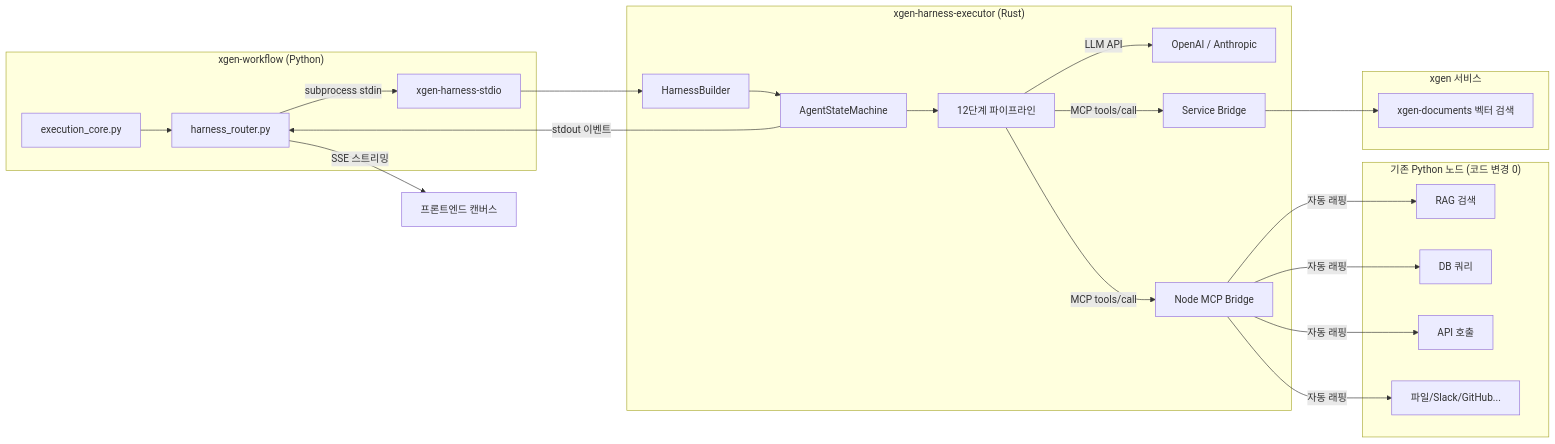
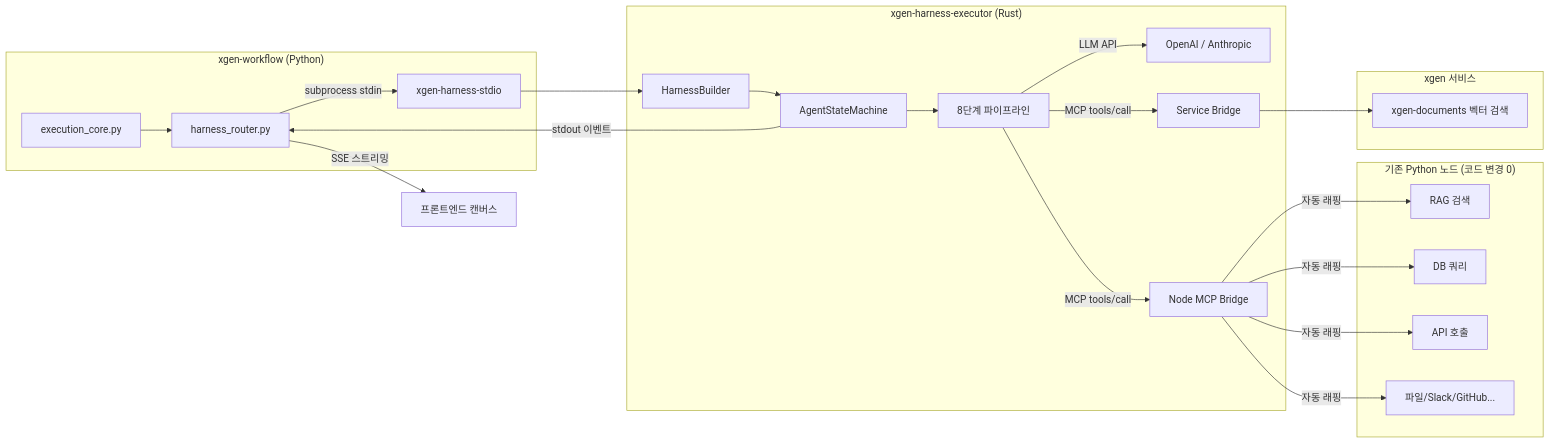
The first of 3 diagrams in README.md (jinsoo96/xgen-harness-executor), drawn with Mermaid before and after one commit. The commit also changed other lines of this file, not shown here.

Commit message:
README 업데이트: 8단계 반영 + Plan 완전 삭제 + 다이어그램/테이블/예시 전부 수정

````diff
--- a/README.md
+++ b/README.md
@@ -99,30 +99,30 @@
 ```mermaid
 graph LR
     subgraph "xgen-workflow (Python)"
         A[execution_core.py] --> B[harness_router.py]
         B -->|subprocess stdin| C[xgen-harness-stdio]
     end
 
     subgraph "xgen-harness-executor (Rust)"
         C --> D[HarnessBuilder]
         D --> E[AgentStateMachine]
-        E --> F[12단계 파이프라인]
+        E --> F[8단계 파이프라인]
         F -->|LLM API| G[OpenAI / Anthropic]
         F -->|MCP tools/call| H[Node MCP Bridge]
         F -->|MCP tools/call| I[Service Bridge]
     end
 
     subgraph "기존 Python 노드 (코드 변경 0)"
         H -->|자동 래핑| J[RAG 검색]
         H -->|자동 래핑| K[DB 쿼리]
         H -->|자동 래핑| L[API 호출]
         H -->|자동 래핑| M[파일/Slack/GitHub...]
     end
 
     subgraph "xgen 서비스"
         I --> N[xgen-documents 벡터 검색]
     end
 
     E -->|stdout 이벤트| B
     B -->|SSE 스트리밍| P[프론트엔드 캔버스]
 ```
````
